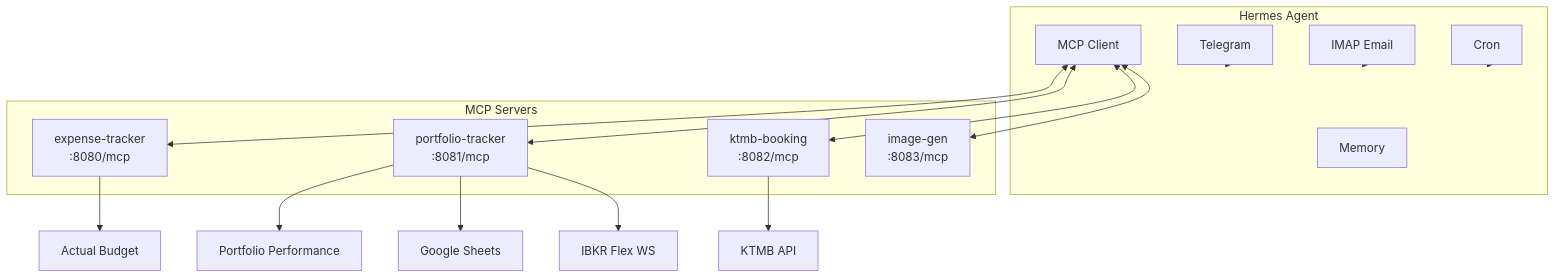
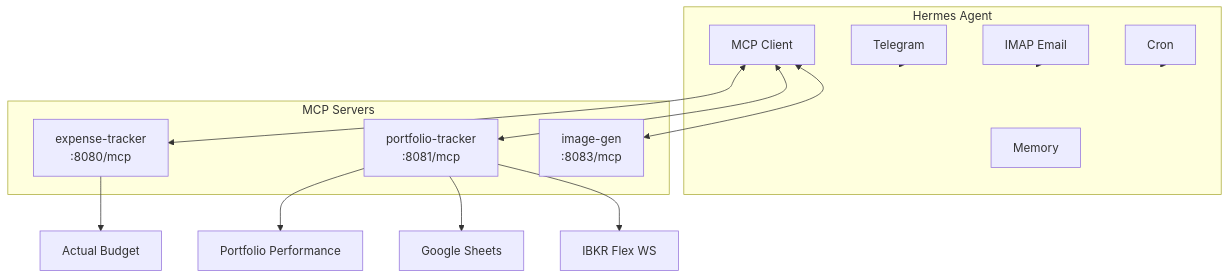
One commit to darrencjh8/darren-openclaw changed the fifth of 9 diagrams in design.md. Above: the diagram before and after it, drawn with Mermaid. The commit also changed other lines of this file and 14 other files, not shown here.

````diff
--- a/design.md
+++ b/design.md
@@ -388,31 +386,28 @@
 ```mermaid
 graph TB
     subgraph Hermes["Hermes Agent"]
         TG["Telegram"]
         Email["IMAP Email"]
         MEM["Memory"]
         CRON["Cron"]
         MCP["MCP Client"]
     end
 
     subgraph Modules["MCP Servers"]
         ET["expense-tracker\n:8080/mcp"]
         PT["portfolio-tracker\n:8081/mcp"]
-        KTMB["ktmb-booking\n:8082/mcp"]
         IG["image-gen\n:8083/mcp"]
     end
 
     TG --> Hermes
     Email --> Hermes
     CRON --> Hermes
     MCP <--> ET
     MCP <--> PT
-    MCP <--> KTMB
     MCP <--> IG
 
     ET --> AB["Actual Budget"]
     PT --> PP["Portfolio Performance"]
     PT --> GS["Google Sheets"]
     PT --> IBKR["IBKR Flex WS"]
-    KTMB --> KTMBAPI["KTMB API"]
 ```
````
